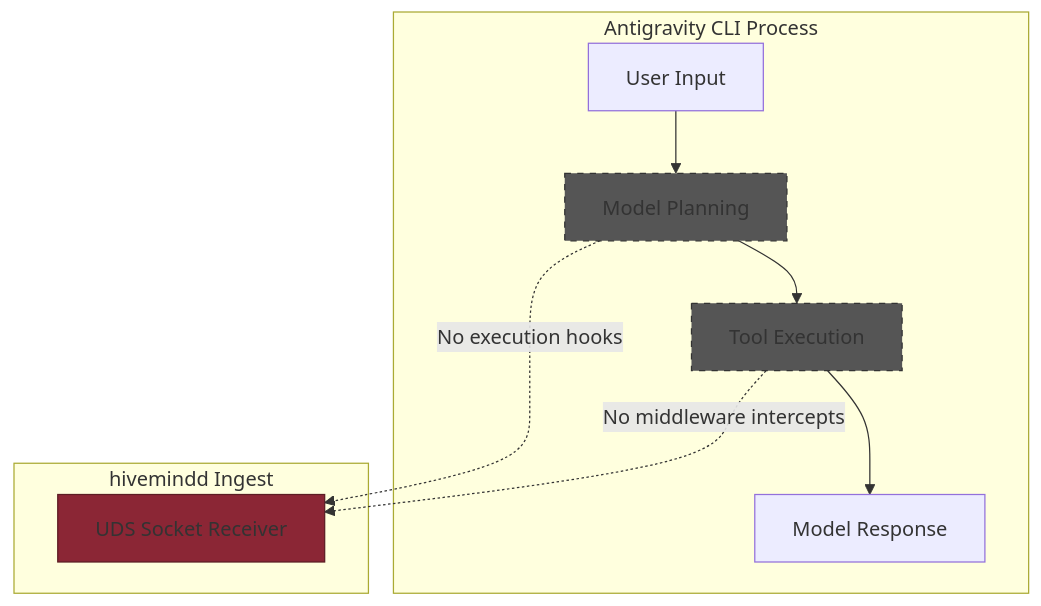
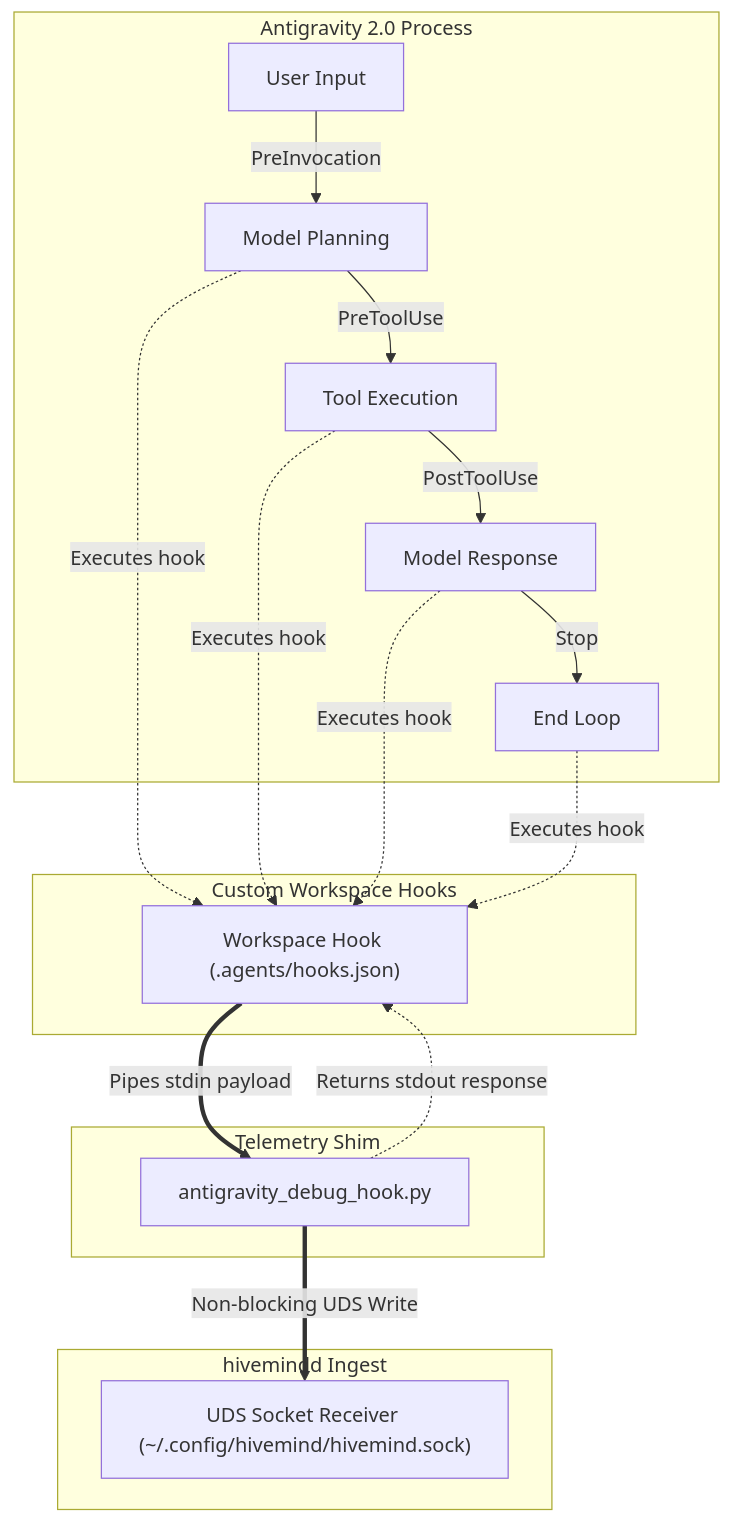
Before and after one commit to jacobmiller22/hivemind: the first of 2 diagrams in docs/plugins/ANTIGRAVITY.md, drawn with Mermaid. The commit also changed other lines of this file, not shown here.

Commit message:
docs: document Antigravity 2.0 active hook integration strategy

````diff
--- a/docs/plugins/ANTIGRAVITY.md
+++ b/docs/plugins/ANTIGRAVITY.md
@@ -33,19 +32,29 @@
 ```mermaid
 graph TD
-    subgraph Antigravity CLI Process
-        A[User Input] --> B[Model Planning]
-        B --> C[Tool Execution]
-        C --> D[Model Response]
+    subgraph Antigravity 2.0 Process
+        A[User Input] -->|PreInvocation| B[Model Planning]
+        B -->|PreToolUse| C[Tool Execution]
+        C -->|PostToolUse| D[Model Response]
+        D -->|Stop| E[End Loop]
+    end
+    
+    subgraph Custom Workspace Hooks
+        H["Workspace Hook (.agents/hooks.json)"]
+    end
+    
+    subgraph Telemetry Shim
+        S["antigravity_debug_hook.py"]
     end
     
     subgraph hivemindd Ingest
-        E[UDS Socket Receiver]
+        HD["UDS Socket Receiver (~/.config/hivemind/hivemind.sock)"]
     end
 
-    B -.->|No execution hooks| E
-    C -.->|No middleware intercepts| E
-    
-    style B fill:#555,stroke:#333,stroke-dasharray: 5 5
-    style C fill:#555,stroke:#333,stroke-dasharray: 5 5
-    style E fill:#8b2635,stroke:#5c1d24
+    B -.->|Executes hook| H
+    C -.->|Executes hook| H
+    D -.->|Executes hook| H
+    E -.->|Executes hook| H
+    H ==>|Pipes stdin payload| S
+    S ==>|Non-blocking UDS Write| HD
+    S -.->|Returns stdout response| H
 ```
````
